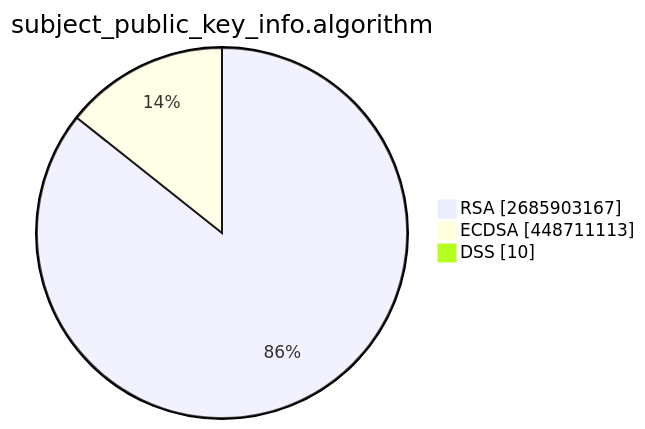
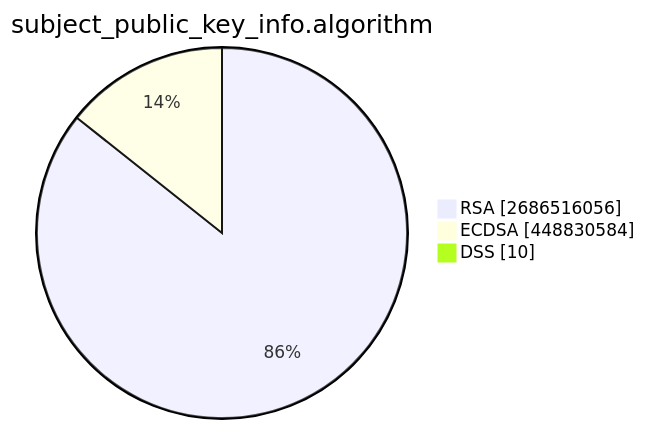
The second of 15 diagrams in TOTAL/README.md (christiankrug/ctmonitor_visualization), drawn with Mermaid before and after one commit. The commit also changed other lines of this file, not shown here.

````diff
--- a/TOTAL/README.md
+++ b/TOTAL/README.md
@@ -6,7 +6,7 @@
 ```mermaid
 pie showData
 title subject_public_key_info.algorithm
-"RSA" :2685903167
-"ECDSA" :448711113
+"RSA" :2686516056
+"ECDSA" :448830584
 "DSS" :10
 ```
````
